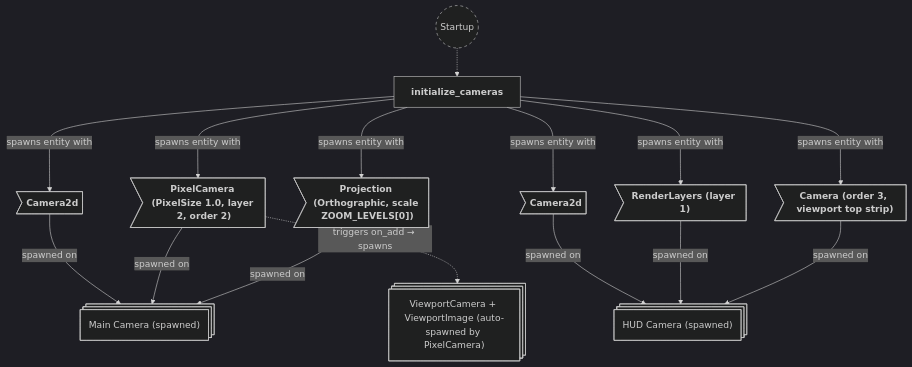
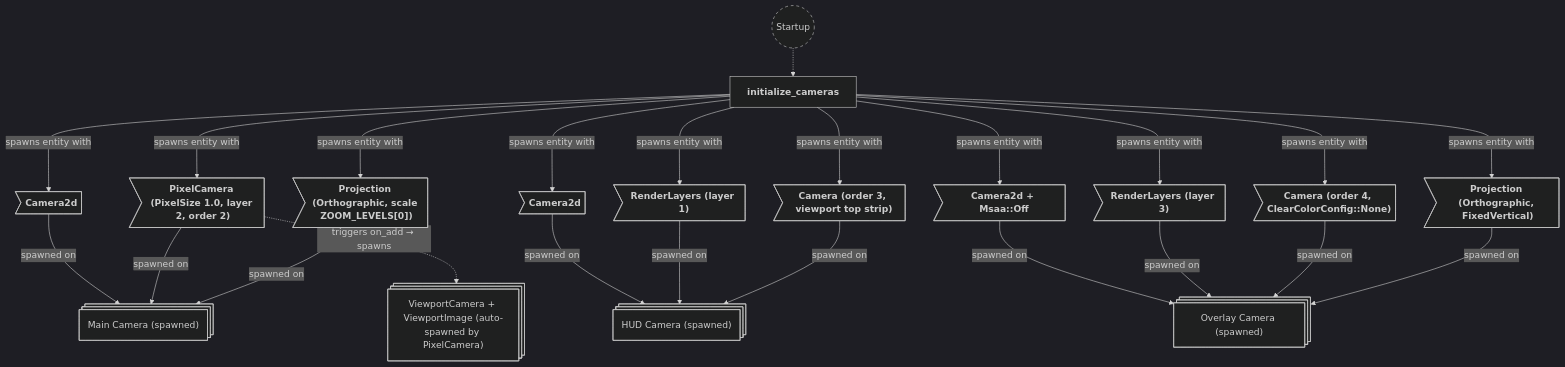
Before and after one commit to neurosoup/tyled: the eighth of 8 diagrams in backlog/docs/doc-6 - 005-Camera-plugin.md, drawn with Mermaid. The commit also changed other lines of this file and 21 other files, not shown here.

````diff
--- a/backlog/docs/doc-6 - 005-Camera-plugin.md
+++ b/backlog/docs/doc-6 - 005-Camera-plugin.md
@@ -289,42 +292,58 @@
 ```mermaid
 ---
 config:
   theme: dark
 ---
 
 flowchart TD
 classDef system-group stroke-dasharray: 5 5
 
 startup(("`Startup`")):::system-group
 initialize_cameras["`**initialize_cameras**`"]
 
 startup -.-> initialize_cameras
 
 main_camera_entity@{ shape: st-rect, label: "Main Camera (spawned)" }
 viewport_camera_entity@{ shape: st-rect, label: "ViewportCamera + ViewportImage (auto-spawned by PixelCamera)" }
 hud_camera_entity@{ shape: st-rect, label: "HUD Camera (spawned)" }
+overlay_camera_entity@{ shape: st-rect, label: "Overlay Camera (spawned)" }
 
 mc_camera2d>"`**Camera2d**`"]
 mc_pixel_camera>"`**PixelCamera (PixelSize 1.0, layer 2, order 2)**`"]
 mc_projection>"`**Projection (Orthographic, scale ZOOM_LEVELS[0])**`"]
 
 hc_camera2d>"`**Camera2d**`"]
 hc_render_layers>"`**RenderLayers (layer 1)**`"]
 hc_camera>"`**Camera (order 3, viewport top strip)**`"]
+
+oc_camera2d>"`**Camera2d + Msaa::Off**`"]
+oc_render_layers>"`**RenderLayers (layer 3)**`"]
+oc_camera>"`**Camera (order 4, ClearColorConfig::None)**`"]
+oc_projection>"`**Projection (Orthographic, FixedVertical)**`"]
 
 mc_camera2d --> |spawned on| main_camera_entity
 mc_pixel_camera --> |spawned on| main_camera_entity
 mc_projection --> |spawned on| main_camera_entity
 mc_pixel_camera -.-> |triggers on_add → spawns| viewport_camera_entity
 
 hc_camera2d --> |spawned on| hud_camera_entity
 hc_render_layers --> |spawned on| hud_camera_entity
 hc_camera --> |spawned on| hud_camera_entity
 
 initialize_cameras ---> |spawns entity with| mc_camera2d
 initialize_cameras ---> |spawns entity with| mc_pixel_camera
 initialize_cameras ---> |spawns entity with| mc_projection
 initialize_cameras ---> |spawns entity with| hc_camera2d
 initialize_cameras ---> |spawns entity with| hc_render_layers
 initialize_cameras ---> |spawns entity with| hc_camera
+
+oc_camera2d --> |spawned on| overlay_camera_entity
+oc_render_layers --> |spawned on| overlay_camera_entity
+oc_camera --> |spawned on| overlay_camera_entity
+oc_projection --> |spawned on| overlay_camera_entity
+
+initialize_cameras ---> |spawns entity with| oc_camera2d
+initialize_cameras ---> |spawns entity with| oc_render_layers
+initialize_cameras ---> |spawns entity with| oc_camera
+initialize_cameras ---> |spawns entity with| oc_projection
 ```
````
